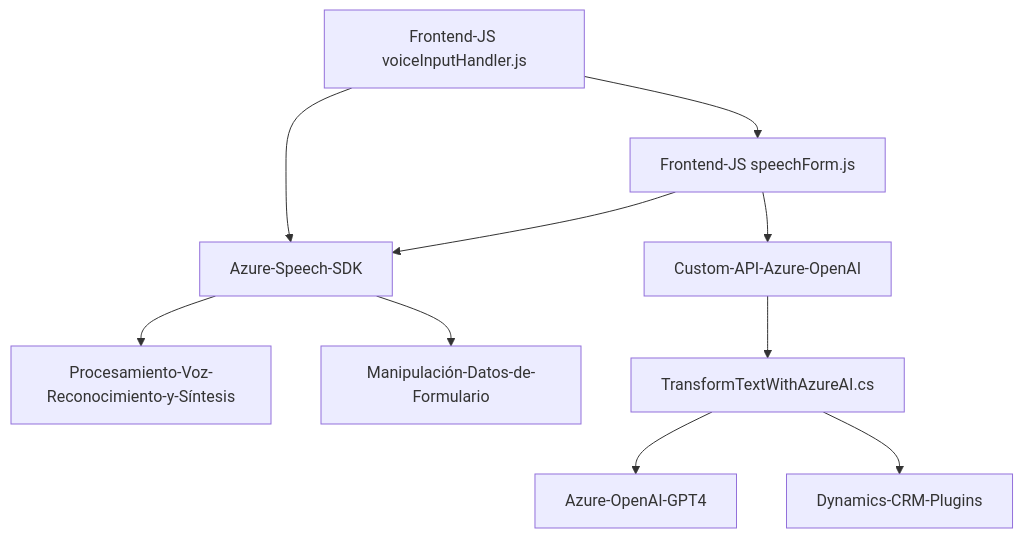
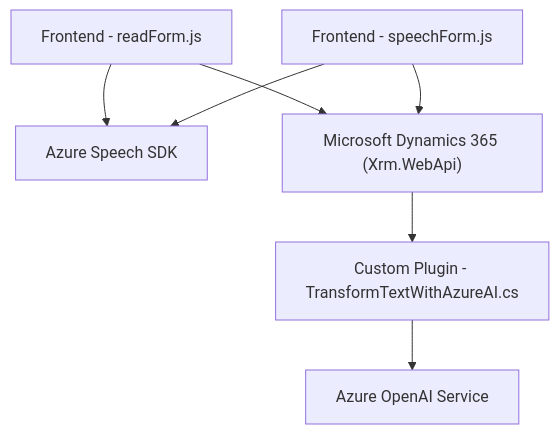
The diagram in README.md (blopezdm/NETCORE_BILBAO2025), drawn with Mermaid before and after one commit. The commit also changed other lines of this file, not shown here.

````diff
--- a/README.md
+++ b/README.md
@@ -37,12 +34,16 @@
 ```mermaid
 graph TD
-    A[Frontend-JS voiceInputHandler.js] --> B[Azure-Speech-SDK]
-    A --> C[Frontend-JS speechForm.js]
-    B --> D["Procesamiento-Voz-Reconocimiento-y-Síntesis"]
-    C --> B
-    C --> E[Custom-API-Azure-OpenAI]
-    E --> F["TransformTextWithAzureAI.cs"]
-    F --> G["Azure-OpenAI-GPT4"]
-    B --> H["Manipulación-Datos-de-Formulario"]
-    F --> I["Dynamics-CRM-Plugins"]
+    A["Frontend - readForm.js"]
+    B["Frontend - speechForm.js"]
+    C["Azure Speech SDK"]
+    D["Microsoft Dynamics 365 (Xrm.WebApi)"]
+    E["Custom Plugin - TransformTextWithAzureAI.cs"]
+    F["Azure OpenAI Service"]
+
+    A --> C
+    A --> D
+    B --> C
+    B --> D
+    D --> E
+    E --> F
 ```
````
